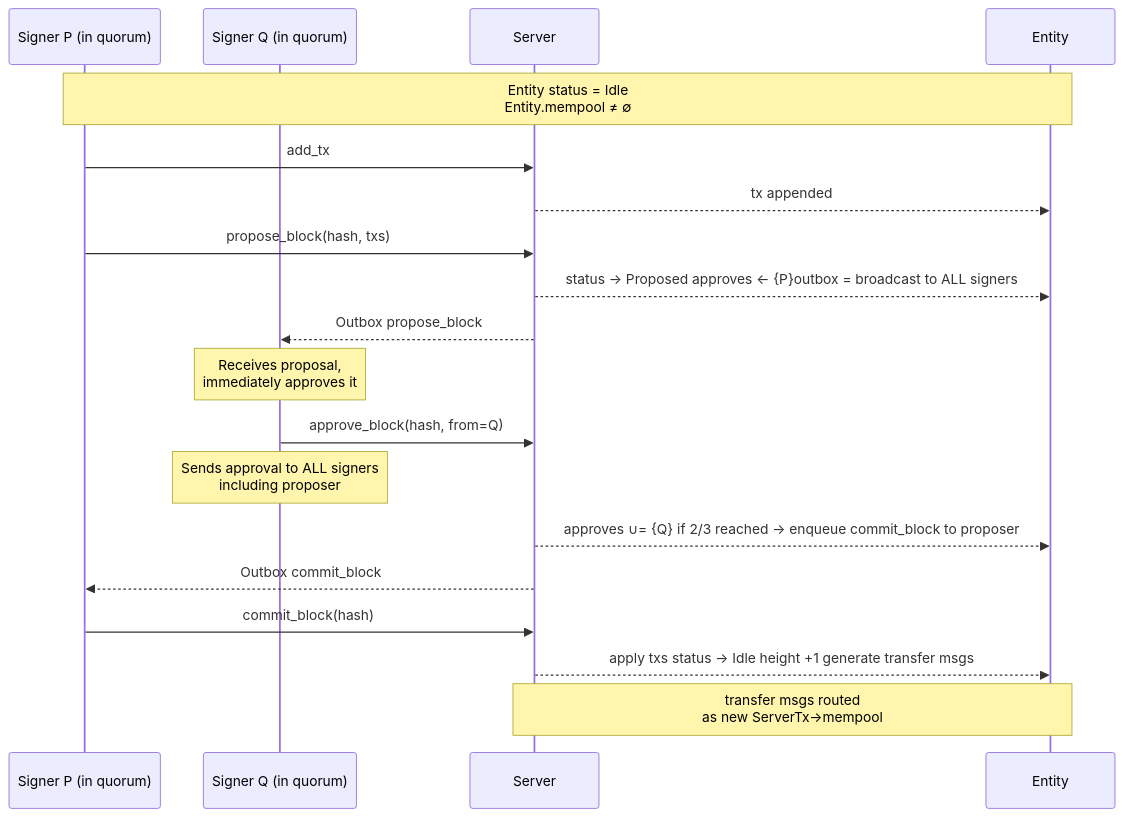
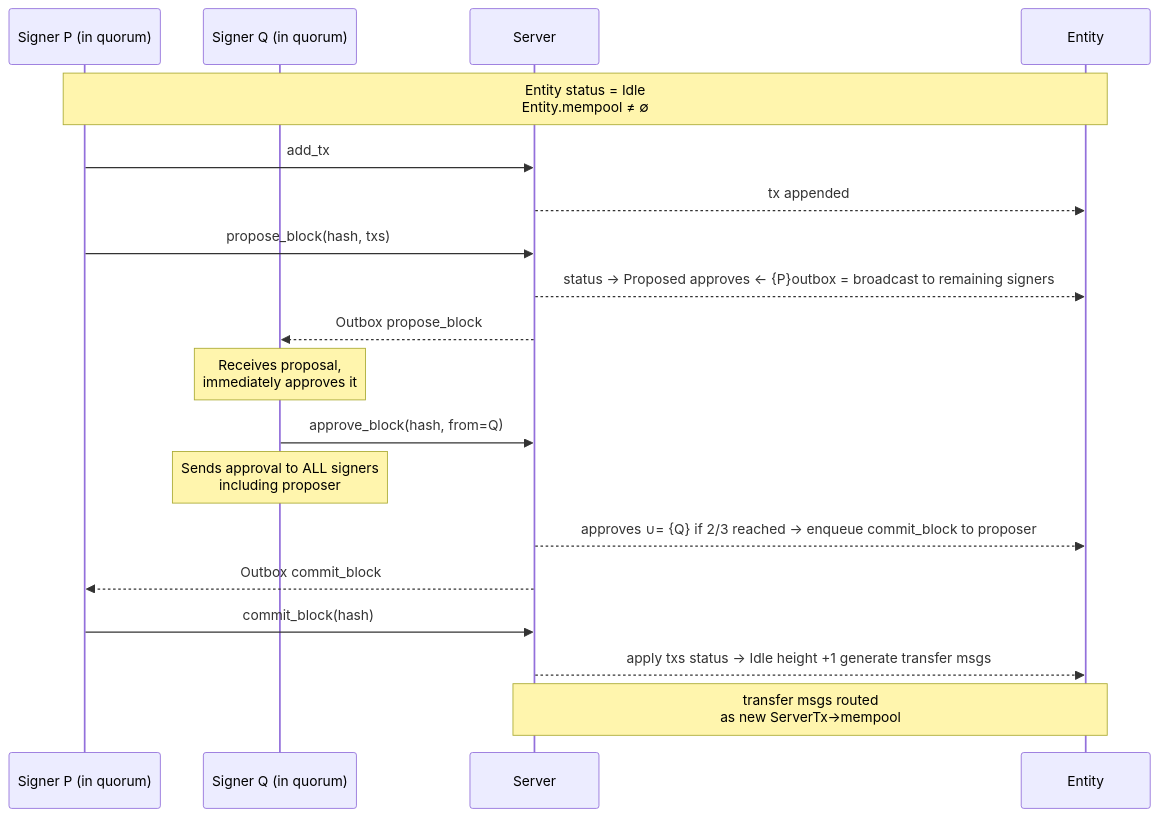
Before and after one commit to adimov-eth/xln: the diagram in docs/entityConsensus.mmd, drawn with Mermaid. The commit also changed 2 other files, not shown here.

```diff
--- a/docs/entityConsensus.mmd
+++ b/docs/entityConsensus.mmd
@@ -1,27 +1,27 @@
 sequenceDiagram
   participant Proposer as Signer P (in quorum)
   participant CoSigner as Signer Q (in quorum)
   participant Server
   participant Entity
 
   Note over Proposer,Entity: Entity status = Idle<br/>Entity.mempool ≠ ∅
   
   Proposer->>Server: add_tx
   Server-->>Entity: tx appended
   
   Proposer->>Server: propose_block(hash, txs)
-  Server-->>Entity: status → Proposed approves ← {P}outbox = broadcast to ALL signers
+  Server-->>Entity: status → Proposed approves ← {P}outbox = broadcast to remaining signers
   
   Server-->>CoSigner: Outbox propose_block
   Note over CoSigner: Receives proposal,<br/>immediately approves it
   
   CoSigner->>Server: approve_block(hash, from=Q)
   Note over CoSigner: Sends approval to ALL signers<br/>including proposer
   Server-->>Entity: approves ∪= {Q} if 2/3 reached → enqueue commit_block to proposer
   
   Server-->>Proposer: Outbox commit_block
   
   Proposer->>Server: commit_block(hash)
   Server-->>Entity: apply txs status → Idle height +1 generate transfer msgs
   
   Note over Server,Entity: transfer msgs routed<br/>as new ServerTx→mempool
```
